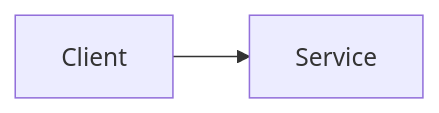
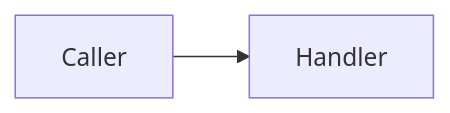
Before and after one commit to tuquet/operon: the diagram in templates/SPEC-TEMPLATE.md, drawn with Mermaid. The commit also changed other lines of this file and 10 other files, not shown here.

````diff
--- a/templates/SPEC-TEMPLATE.md
+++ b/templates/SPEC-TEMPLATE.md
@@ -21,4 +21,4 @@
 ```mermaid
 flowchart LR
-    A[Client] --> B[Service]
+    A[Caller] --> B[Handler]
 ```
````
